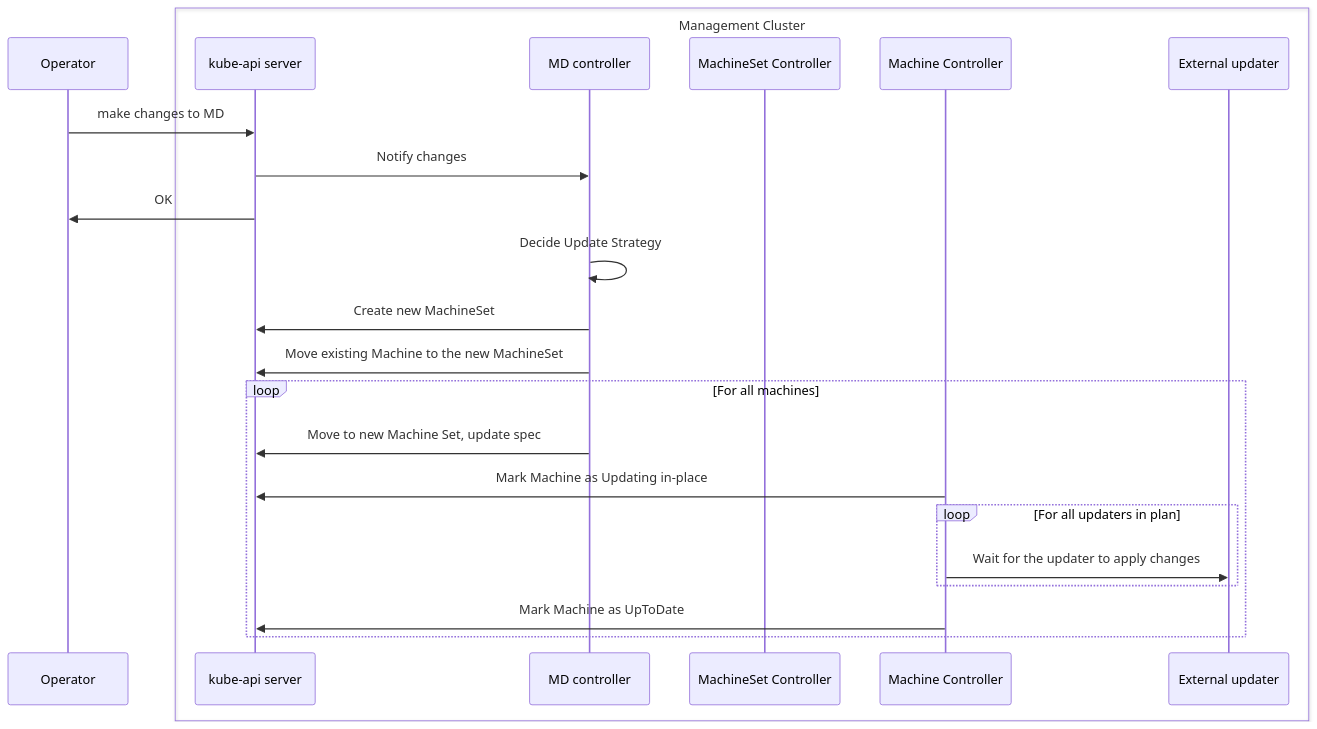
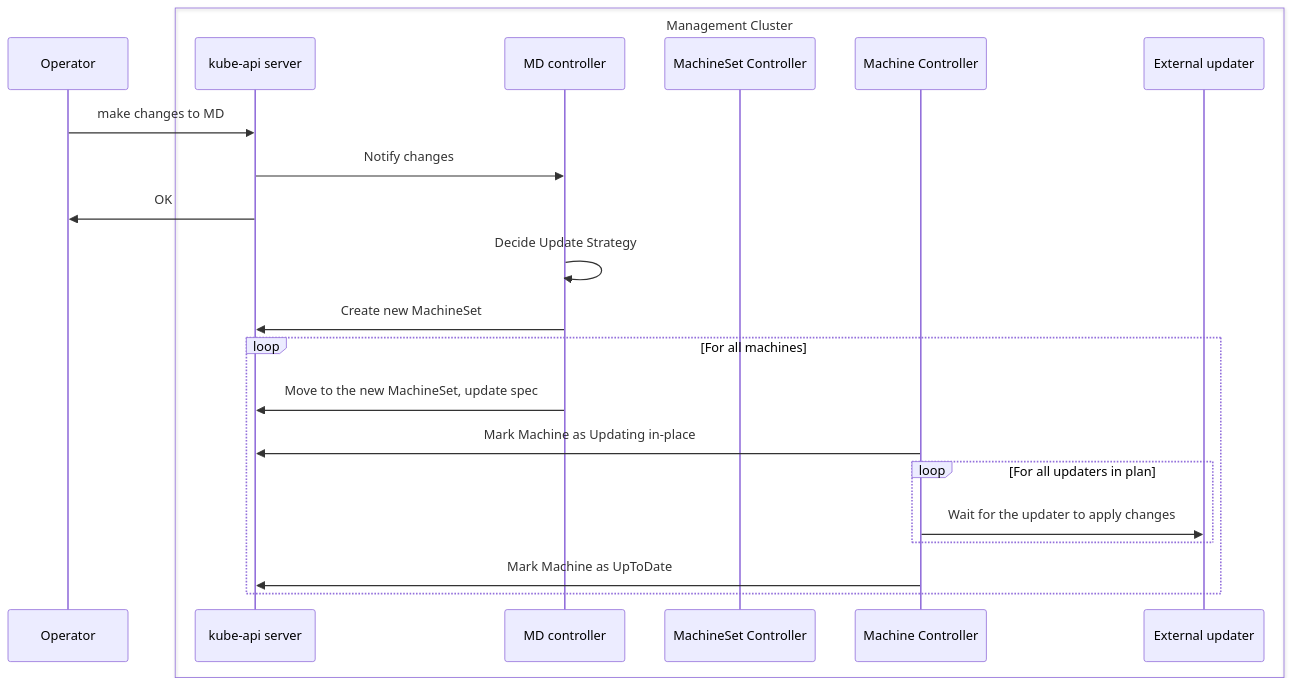
One commit to kubernetes-sigs/cluster-api changed the third of 5 diagrams in docs/proposals/20240807-in-place-updates.md. Above: the diagram before and after it, drawn with Mermaid. The commit also changed other lines of this file and 8 other files, not shown here.

````diff
--- a/docs/proposals/20240807-in-place-updates.md
+++ b/docs/proposals/20240807-in-place-updates.md
@@ -294,27 +294,26 @@
 ```mermaid
 sequenceDiagram
 participant Operator
 
 box Management Cluster
     participant apiserver as kube-api server
     participant capi as MD controller
     participant msc as MachineSet Controller
     participant mach as Machine Controller
     participant hook as External updater
 end
 
 Operator->>apiserver: make changes to MD
 apiserver->>capi: Notify changes
 apiserver->>Operator: OK
 capi->>capi: Decide Update Strategy
 capi->>apiserver: Create new MachineSet
-capi->>apiserver: Move existing Machine to the new MachineSet
 loop For all machines
-    capi->>apiserver: Move to new Machine Set, update spec
+    capi->>apiserver: Move to the new MachineSet, update spec
     mach->>apiserver: Mark Machine as Updating in-place
     loop For all updaters in plan
         mach->>hook: Wait for the updater to apply changes
     end
     mach->>apiserver: Mark Machine as UpToDate
 end
 ```
````
